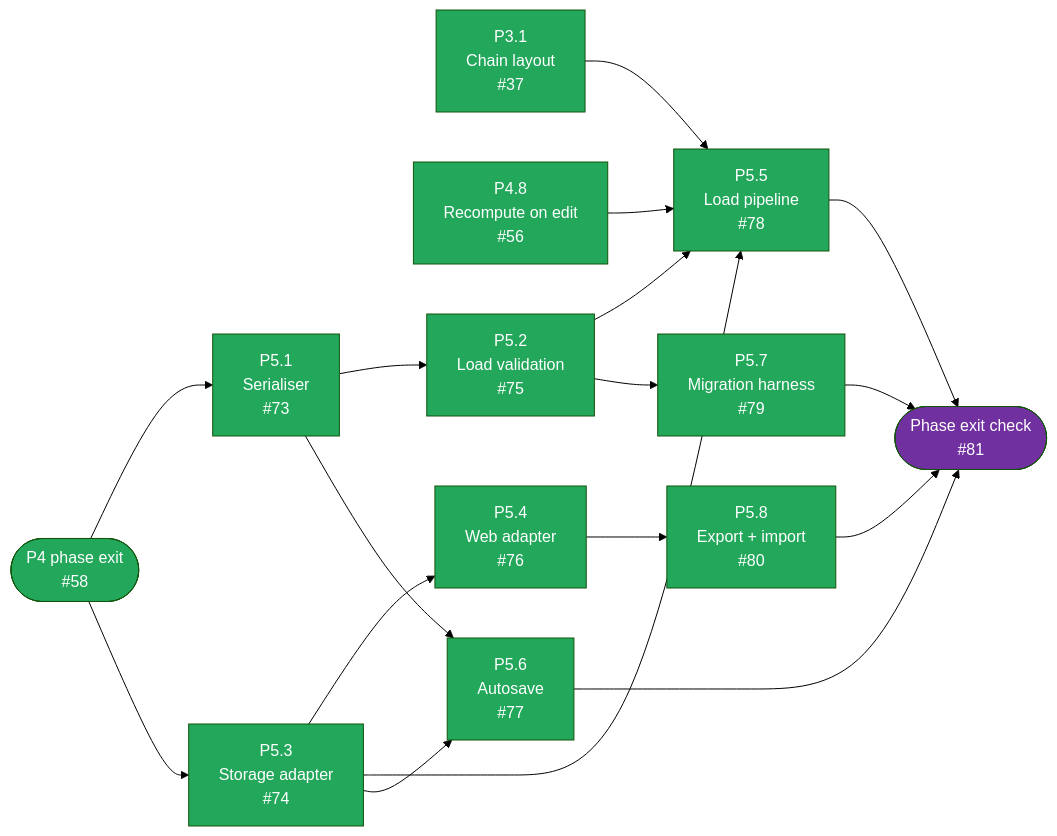
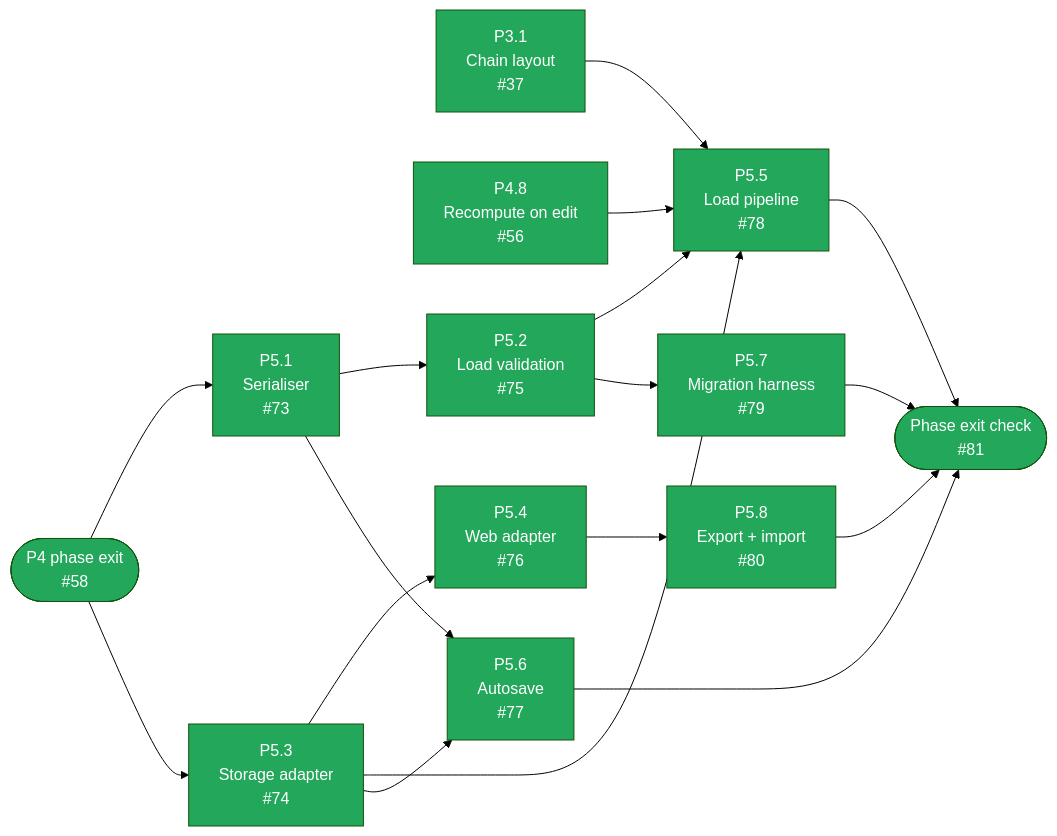
One commit to tousifosman/CalcMind changed the fourth of 7 diagrams in docs/DEVELOPMENT_PLAN.md. Above: the diagram before and after it, drawn with Mermaid (forest theme). The commit also changed other lines of this file, not shown here.

First line of the commit message:
docs: flip completed phases' EXIT nodes to green in dependency diagrams

````diff
--- a/docs/DEVELOPMENT_PLAN.md
+++ b/docs/DEVELOPMENT_PLAN.md
@@ -729,45 +730,45 @@
 ```mermaid
 flowchart LR
     P4EXIT(["P4 phase exit<br/>#58"])
     P31["P3.1<br/>Chain layout<br/>#37"]
     P48["P4.8<br/>Recompute on edit<br/>#56"]
     P51["P5.1<br/>Serialiser<br/>#73"]
     P52["P5.2<br/>Load validation<br/>#75"]
     P53["P5.3<br/>Storage adapter<br/>#74"]
     P54["P5.4<br/>Web adapter<br/>#76"]
     P55["P5.5<br/>Load pipeline<br/>#78"]
     P56["P5.6<br/>Autosave<br/>#77"]
     P57["P5.7<br/>Migration harness<br/>#79"]
     P58["P5.8<br/>Export + import<br/>#80"]
     EXIT(["Phase exit check<br/>#81"])
 
     P4EXIT --> P51
     P4EXIT --> P53
     P51 --> P52
     P53 --> P54
     P52 --> P55
     P53 --> P55
     P31 --> P55
     P48 --> P55
     P51 --> P56
     P53 --> P56
     P52 --> P57
     P54 --> P58
     P55 --> EXIT
     P56 --> EXIT
     P57 --> EXIT
     P58 --> EXIT
 
     style P4EXIT fill:#22A75B,color:#fff
     style P31 fill:#22A75B,color:#fff
     style P48 fill:#22A75B,color:#fff
     style P51 fill:#22A75B,color:#fff
     style P52 fill:#22A75B,color:#fff
     style P53 fill:#22A75B,color:#fff
     style P54 fill:#22A75B,color:#fff
     style P55 fill:#22A75B,color:#fff
     style P56 fill:#22A75B,color:#fff
     style P57 fill:#22A75B,color:#fff
     style P58 fill:#22A75B,color:#fff
-    style EXIT fill:#7030A0,color:#fff
+    style EXIT fill:#22A75B,color:#fff
 ```
````
